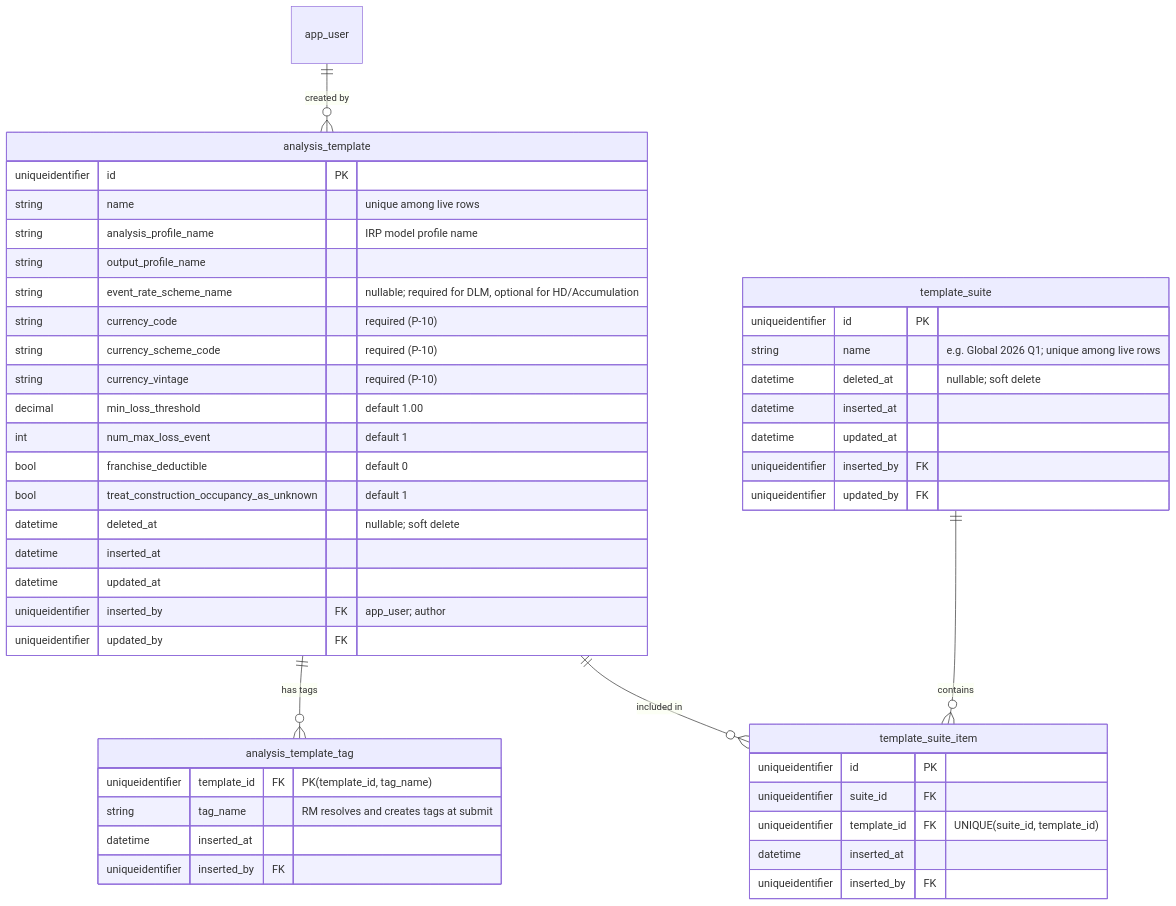
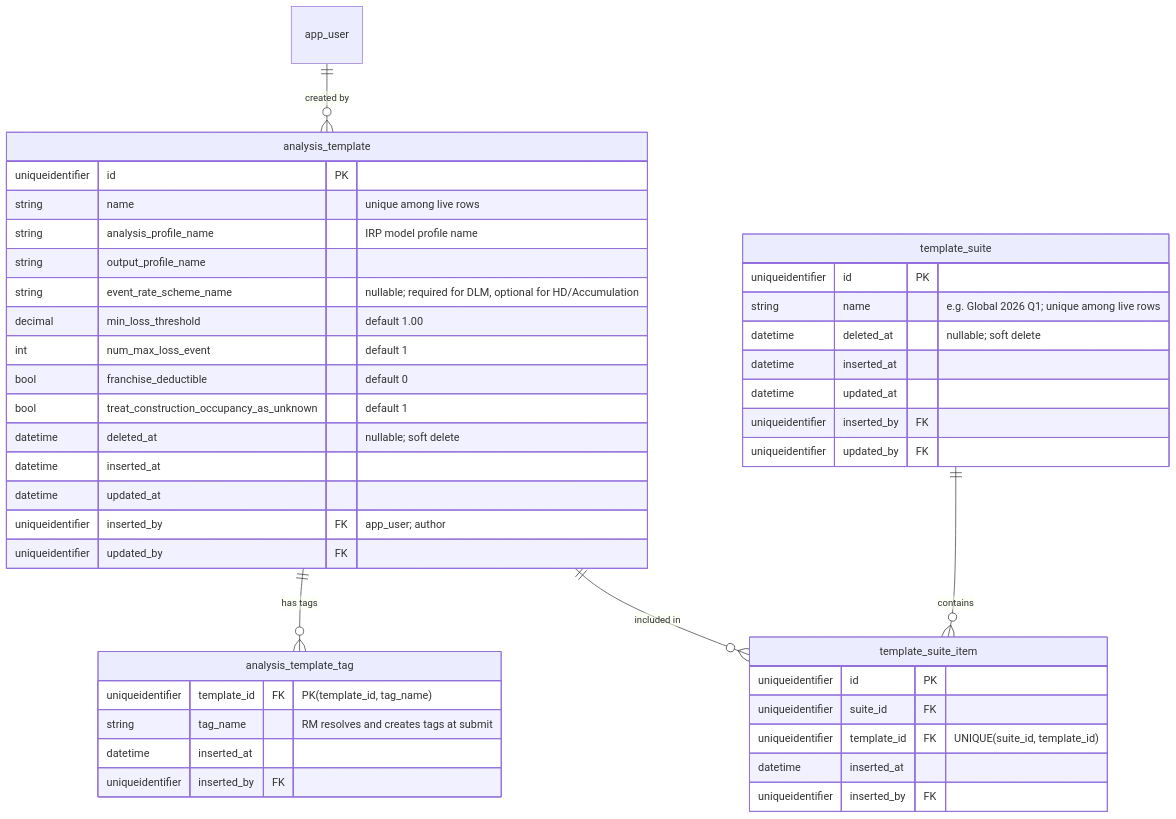
Before and after one commit to anilvenugopal/risk-workbench: the fifth of 9 diagrams in docs/DATA_MODEL.md, drawn with Mermaid. The commit also changed other lines of this file and 10 other files, not shown here.

````diff
--- a/docs/DATA_MODEL.md
+++ b/docs/DATA_MODEL.md
@@ -317,49 +318,46 @@
 ```mermaid
 erDiagram
   app_user ||--o{ analysis_template : "created by"
   analysis_template ||--o{ analysis_template_tag : "has tags"
   template_suite ||--o{ template_suite_item : contains
   analysis_template ||--o{ template_suite_item : "included in"
 
   analysis_template {
     uniqueidentifier id PK
     string name "unique among live rows"
     string analysis_profile_name "IRP model profile name"
     string output_profile_name
     string event_rate_scheme_name "nullable; required for DLM, optional for HD/Accumulation"
-    string currency_code "required (P-10)"
-    string currency_scheme_code "required (P-10)"
-    string currency_vintage "required (P-10)"
     decimal min_loss_threshold "default 1.00"
     int num_max_loss_event "default 1"
     bool franchise_deductible "default 0"
     bool treat_construction_occupancy_as_unknown "default 1"
     datetime deleted_at "nullable; soft delete"
     datetime inserted_at
     datetime updated_at
     uniqueidentifier inserted_by FK "app_user; author"
     uniqueidentifier updated_by FK
   }
   analysis_template_tag {
     uniqueidentifier template_id FK "PK(template_id, tag_name)"
     string tag_name "RM resolves and creates tags at submit"
     datetime inserted_at
     uniqueidentifier inserted_by FK
   }
   template_suite {
     uniqueidentifier id PK
     string name "e.g. Global 2026 Q1; unique among live rows"
     datetime deleted_at "nullable; soft delete"
     datetime inserted_at
     datetime updated_at
     uniqueidentifier inserted_by FK
     uniqueidentifier updated_by FK
   }
   template_suite_item {
     uniqueidentifier id PK
     uniqueidentifier suite_id FK
     uniqueidentifier template_id FK "UNIQUE(suite_id, template_id)"
     datetime inserted_at
     uniqueidentifier inserted_by FK
   }
 ```
````
